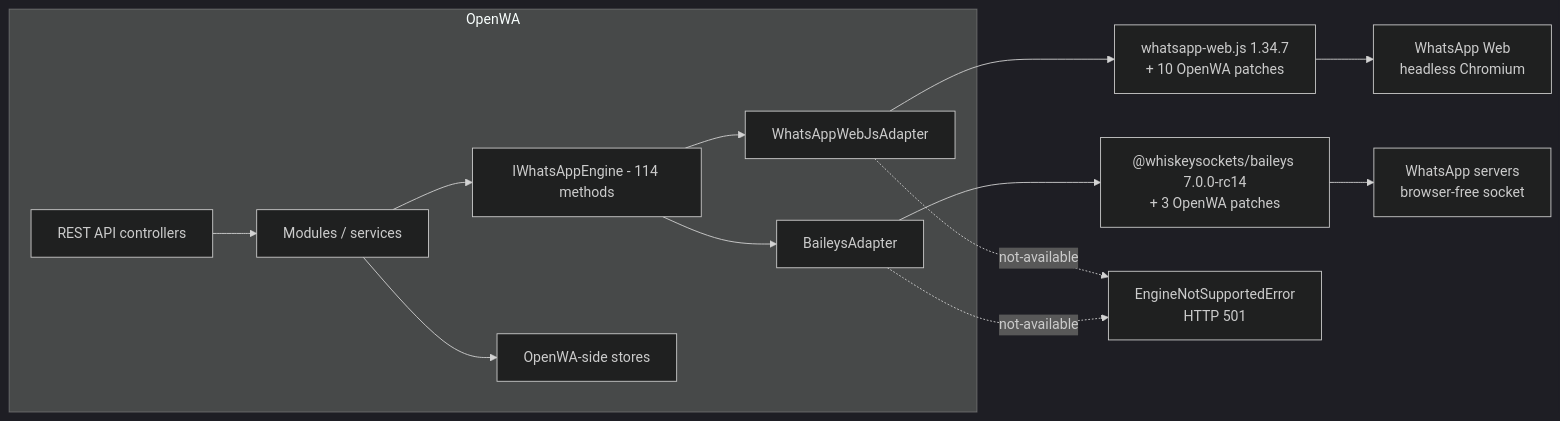
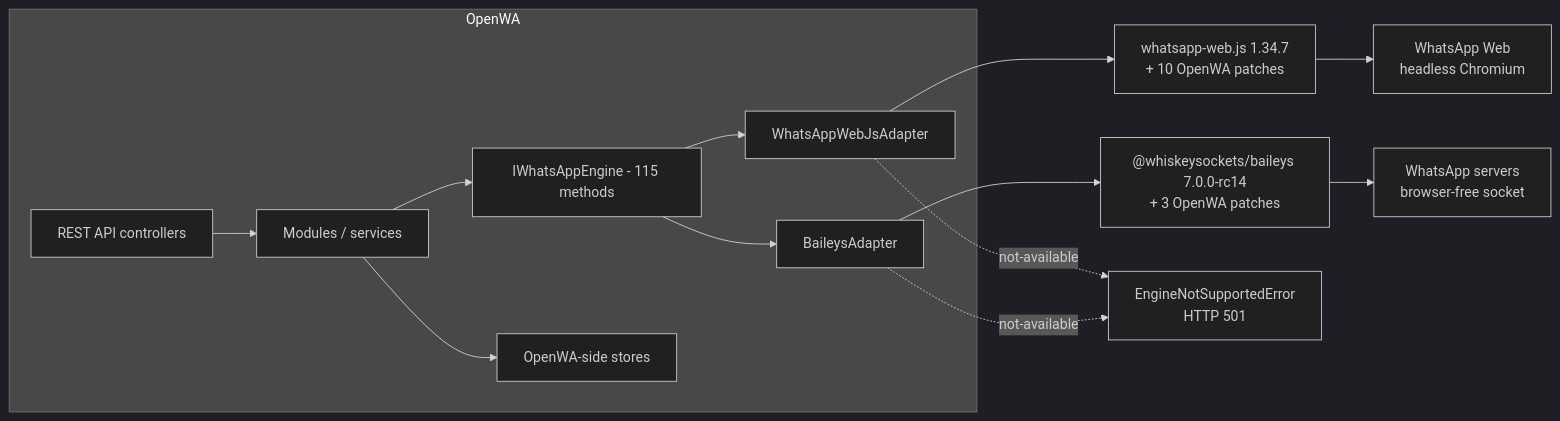
The first of 2 diagrams in docs/29-engine-capability-matrix.md (rmyndharis/OpenWA), drawn with Mermaid (dark theme) before and after one commit. The commit also changed other lines of this file and 41 other files, not shown here.

````diff
--- a/docs/29-engine-capability-matrix.md
+++ b/docs/29-engine-capability-matrix.md
@@ -47,16 +47,16 @@
 ```mermaid
 flowchart LR
     subgraph OpenWA["OpenWA"]
         API["REST API controllers"] --> SVC["Modules / services"]
-        SVC --> IF["IWhatsAppEngine - 114 methods"]
+        SVC --> IF["IWhatsAppEngine - 115 methods"]
         IF --> WA["WhatsAppWebJsAdapter"]
         IF --> BA["BaileysAdapter"]
         SVC --> STORE["OpenWA-side stores"]
     end
     WA --> WLIB["whatsapp-web.js 1.34.7<br/>+ 10 OpenWA patches"]
     BA --> BLIB["@whiskeysockets/baileys 7.0.0-rc14<br/>+ 3 OpenWA patches"]
     WLIB --> WEB["WhatsApp Web<br/>headless Chromium"]
     BLIB --> WAS["WhatsApp servers<br/>browser-free socket"]
     WA -.->|"not-available"| E["EngineNotSupportedError<br/>HTTP 501"]
     BA -.->|"not-available"| E
 ```
````
